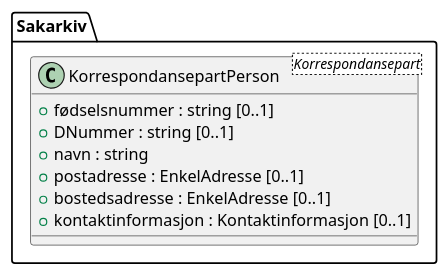
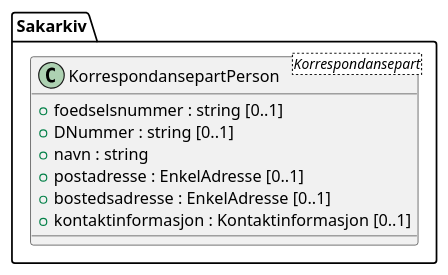
One commit to arkivverket/noark5-tjenestegrensesnitt-standard changed the diagram in kapitler/media/uml-class-korrespondansepartperson.iuml. Above: the diagram before and after it, drawn with PlantUML. The commit also changed 18 other files, not shown here.

```diff
--- a/kapitler/media/uml-class-korrespondansepartperson.iuml
+++ b/kapitler/media/uml-class-korrespondansepartperson.iuml
@@ -1,10 +1,10 @@
 @startuml
 class Sakarkiv.KorrespondansepartPerson <Korrespondansepart> {
-  +fødselsnummer : string [0..1]
+  +foedselsnummer : string [0..1]
   +DNummer : string [0..1]
   +navn : string
   +postadresse : EnkelAdresse [0..1]
   +bostedsadresse : EnkelAdresse [0..1]
   +kontaktinformasjon : Kontaktinformasjon [0..1]
 }
 @enduml
```
